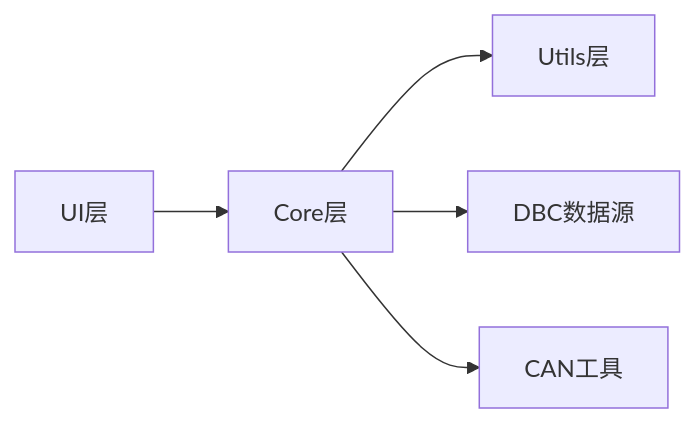
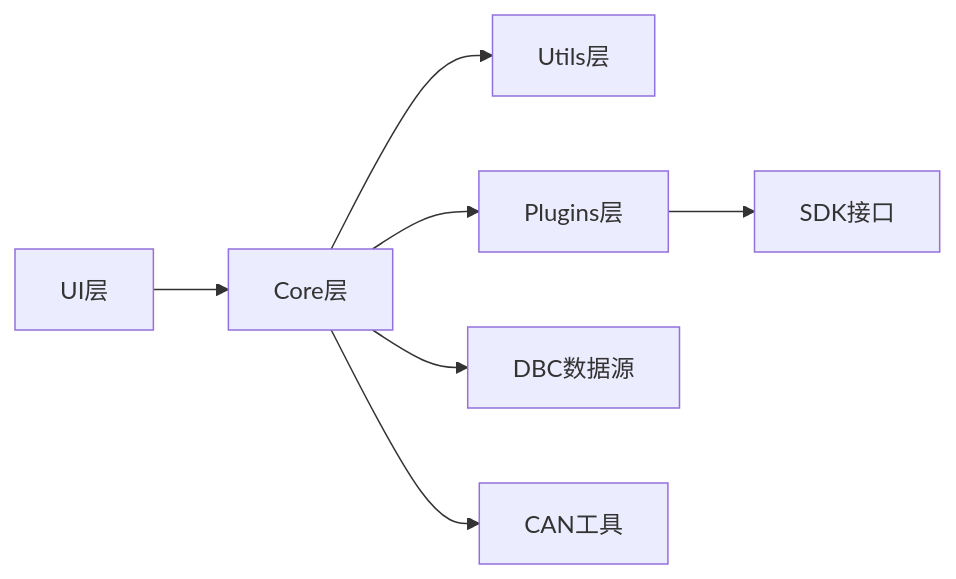
Before and after one commit to jakecai1225-design/OpenBus: the seventh of 7 diagrams in .qoder/repowiki/zh/content/核心模块详解/CAN Open协议支持.md, drawn with Mermaid. The commit also changed other lines of this file and 57 other files, not shown here.

````diff
--- a/.qoder/repowiki/zh/content/核心模块详解/CAN Open协议支持.md
+++ b/.qoder/repowiki/zh/content/核心模块详解/CAN Open协议支持.md
@@ -342,7 +383,9 @@
 ```mermaid
 graph LR
 UI["UI层"] --> CORE["Core层"]
 CORE --> UTIL["Utils层"]
+CORE --> PLUGINS["Plugins层"]
+PLUGINS --> SDK["SDK接口"]
 CORE --> DBC["DBC数据源"]
 CORE --> IO["CAN工具"]
 ```
````
